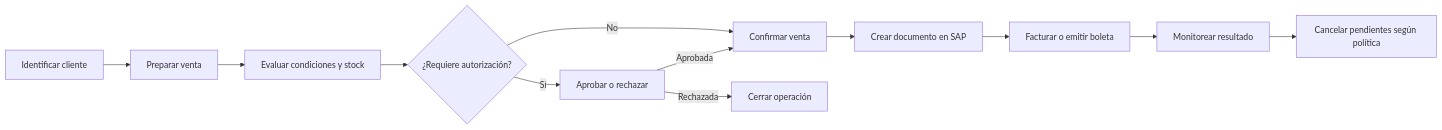
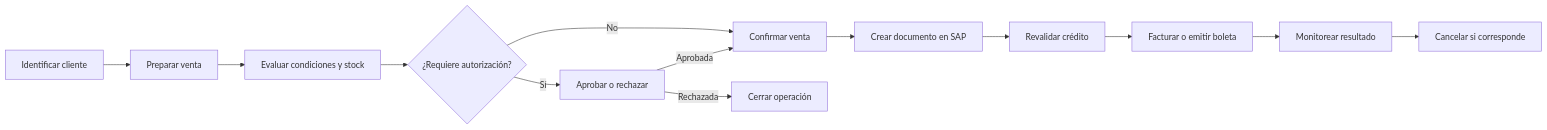
One commit to ftoledoctattersall/SistemaVentas_Original changed the diagram in docs/legado/05-matriz-migracion-pos.md. Above: the diagram before and after it, drawn with Mermaid. The commit also changed other lines of this file and 5 other files, not shown here.

````diff
--- a/docs/legado/05-matriz-migracion-pos.md
+++ b/docs/legado/05-matriz-migracion-pos.md
@@ -60,14 +62,15 @@
 ```mermaid
 flowchart LR
     A[Identificar cliente] --> B[Preparar venta]
     B --> C[Evaluar condiciones y stock]
     C --> D{¿Requiere autorización?}
     D -- Sí --> E[Aprobar o rechazar]
     D -- No --> F[Confirmar venta]
     E -- Aprobada --> F
     E -- Rechazada --> G[Cerrar operación]
     F --> H[Crear documento en SAP]
-    H --> I[Facturar o emitir boleta]
-    I --> J[Monitorear resultado]
-    J --> K[Cancelar pendientes según política]
+    H --> I[Revalidar crédito]
+    I --> J[Facturar o emitir boleta]
+    J --> K[Monitorear resultado]
+    K --> L[Cancelar si corresponde]
 ```
````
